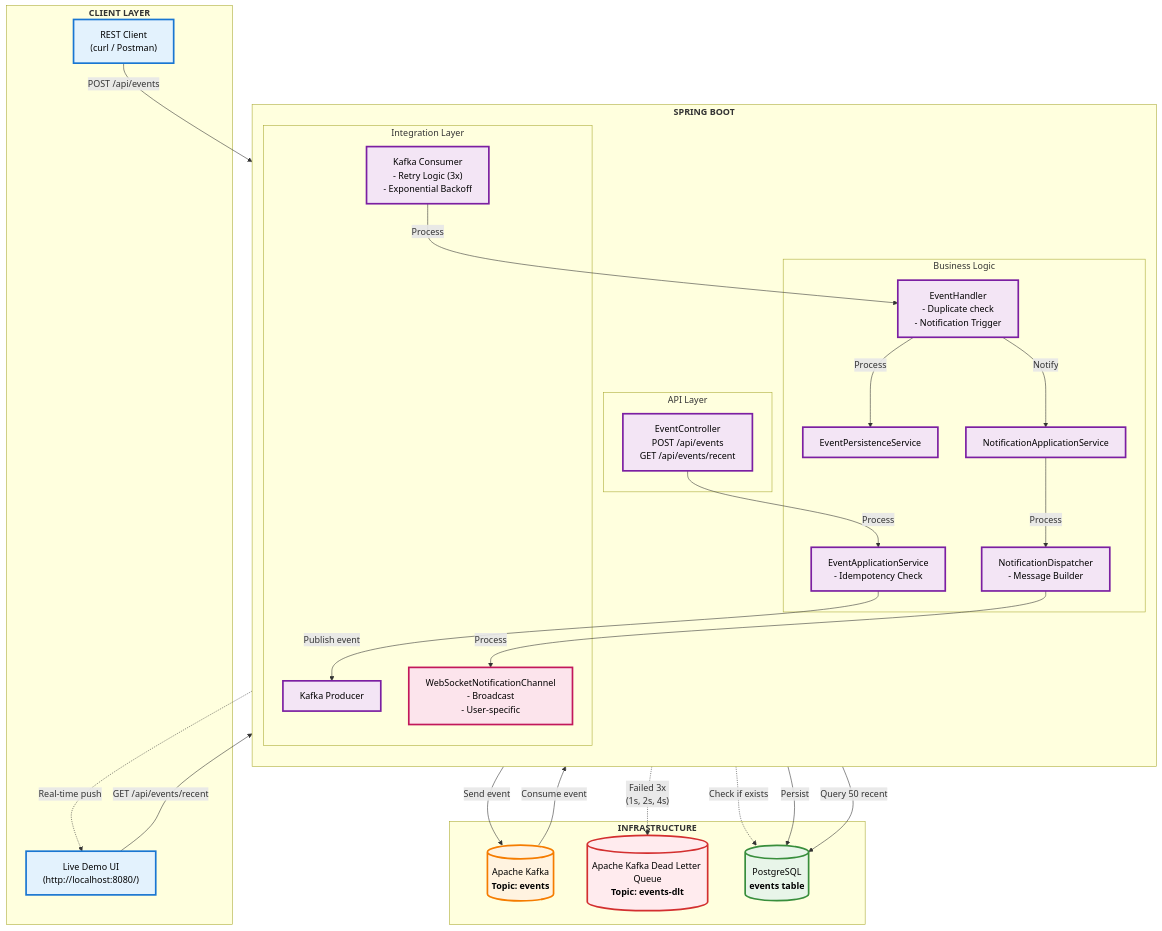
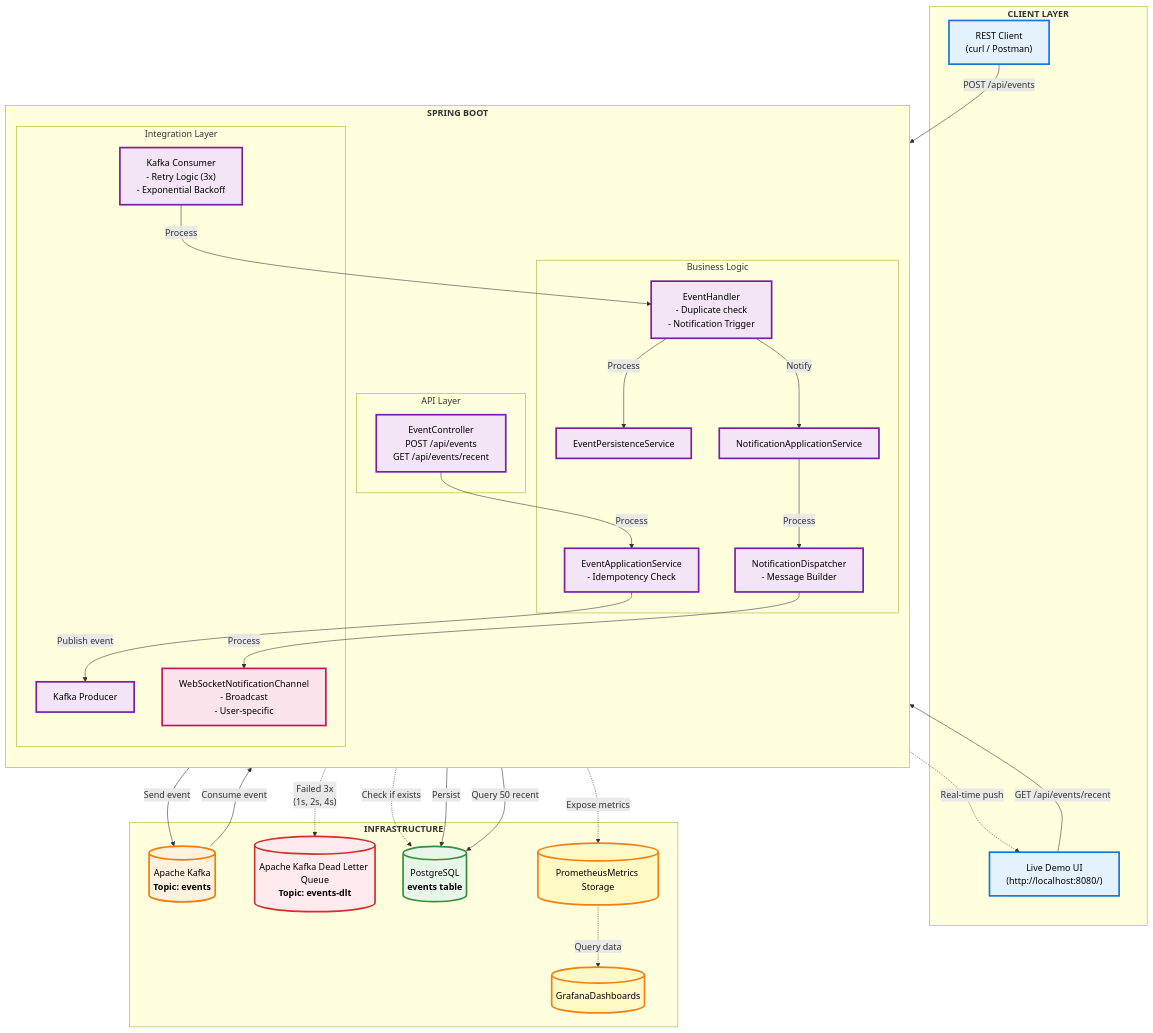
The diagram in README.md (micnusz/Event-Driven-Notification-System), drawn with Mermaid before and after one commit. The commit also changed other lines of this file and 7 other files, not shown here.

`````diff
--- a/README.md
+++ b/README.md
@@ -49,6 +53,8 @@
         Kafka[("Apache Kafka<br/><b>Topic: events</b><br/>")]
         DLQ[("Apache Kafka Dead Letter Queue<br/><b>Topic: events-dlt</b><br/>")]
         DB[("PostgreSQL<br/><b>events table</b><br/>")]
+        Prom[("PrometheusMetrics Storage")]
+        Graf[("GrafanaDashboards")]
     end
     
     %% Main Flow
@@ -77,6 +83,10 @@
     
     %% DLQ Flow
     Consumer -.->|"Failed 3x<br/>(1s, 2s, 4s)"| DLQ
+
+    %% Monitoring
+    Spring -.->|"Expose metrics"| Prom
+    Prom -.->|"Query data"| Graf
     
     %% Styling
     classDef clientStyle fill:#e3f2fd,stroke:#1976d2,stroke-width:3px,color:#000
@@ -85,6 +95,7 @@
     classDef dbStyle fill:#e8f5e9,stroke:#388e3c,stroke-width:3px,color:#000
     classDef dlqStyle fill:#ffebee,stroke:#d32f2f,stroke-width:3px,color:#000
     classDef wsStyle fill:#fce4ec,stroke:#c2185b,stroke-width:3px,color:#000
+    classDef monitorStyle fill:#fff9c4,stroke:#f57f17,stroke-width:3px,color:#000
     
     class UI,API clientStyle
     class Controller,EventAppService,EventHandler,EventPerService,NotifAppService,NotifDisService,Producer,Consumer springStyle
@@ -92,4 +103,5 @@
     class DB dbStyle
     class DLQ dlqStyle
     class WSChannel wsStyle
+    class Prom,Graf monitorStyle
 ````
`````
